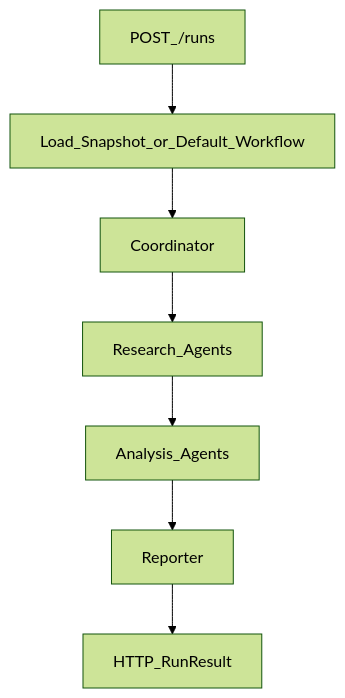
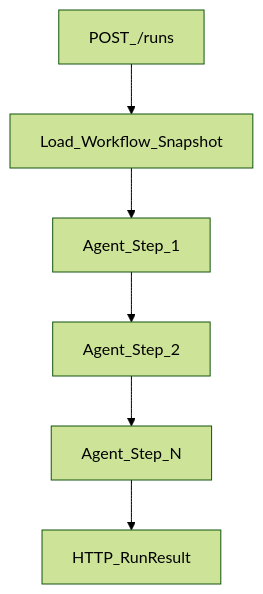
The second of 2 diagrams in docs/architecture.md (yuanjungod/DD_project), drawn with Mermaid (forest theme) before and after one commit. The commit also changed other lines of this file and 51 other files, not shown here.

````diff
--- a/docs/architecture.md
+++ b/docs/architecture.md
@@ -83,9 +83,8 @@
 ```mermaid
 flowchart TD
-  Start[POST_/runs] --> LoadConfig[Load_Snapshot_or_Default_Workflow]
-  LoadConfig --> Coordinator[Coordinator]
-  Coordinator --> Research[Research_Agents]
-  Research --> Analyze[Analysis_Agents]
-  Analyze --> Report[Reporter]
-  Report --> Respond[HTTP_RunResult]
+  Start[POST_/runs] --> LoadSnapshot[Load_Workflow_Snapshot]
+  LoadSnapshot --> Step1[Agent_Step_1]
+  Step1 --> Step2[Agent_Step_2]
+  Step2 --> StepN[Agent_Step_N]
+  StepN --> Respond[HTTP_RunResult]
 ```
````
